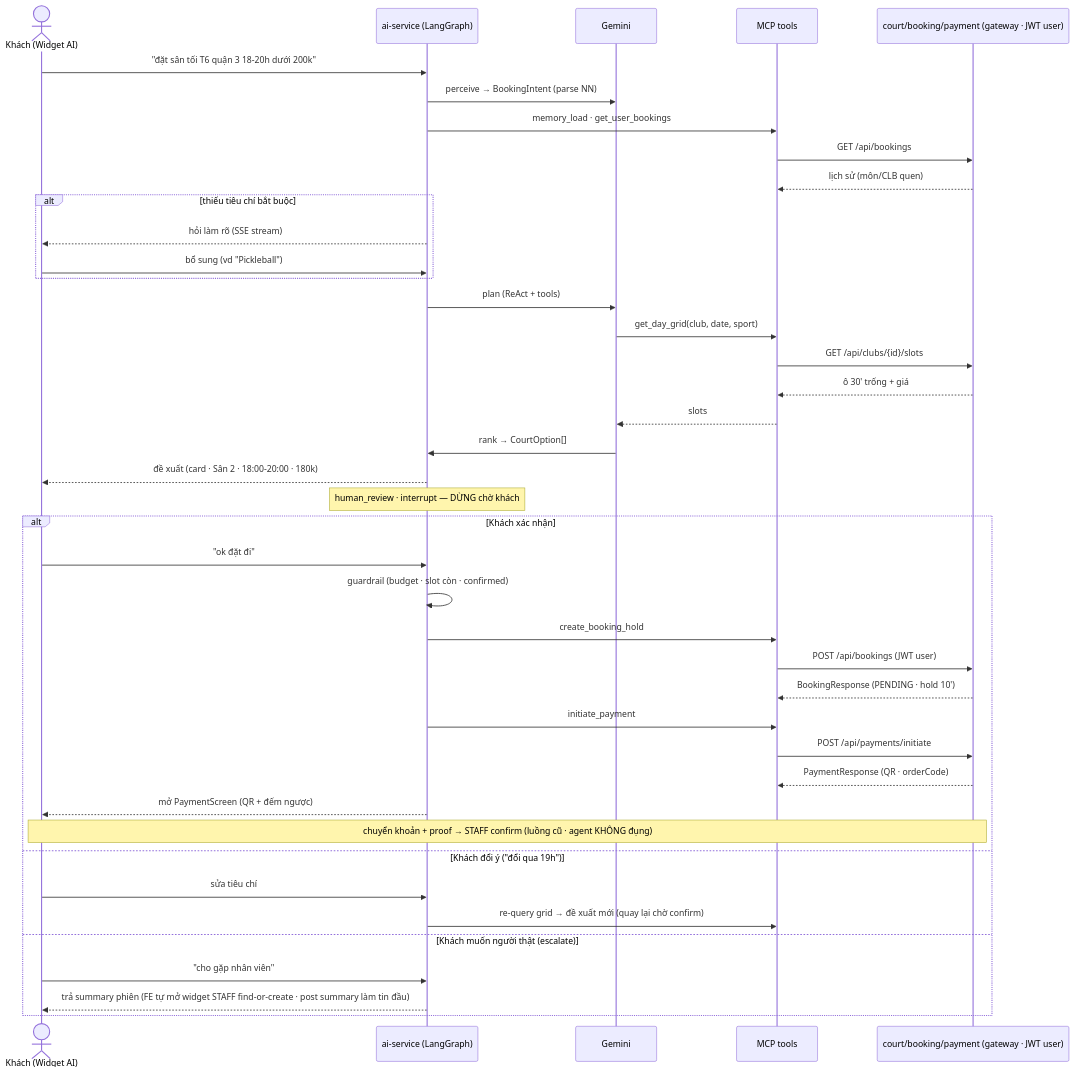
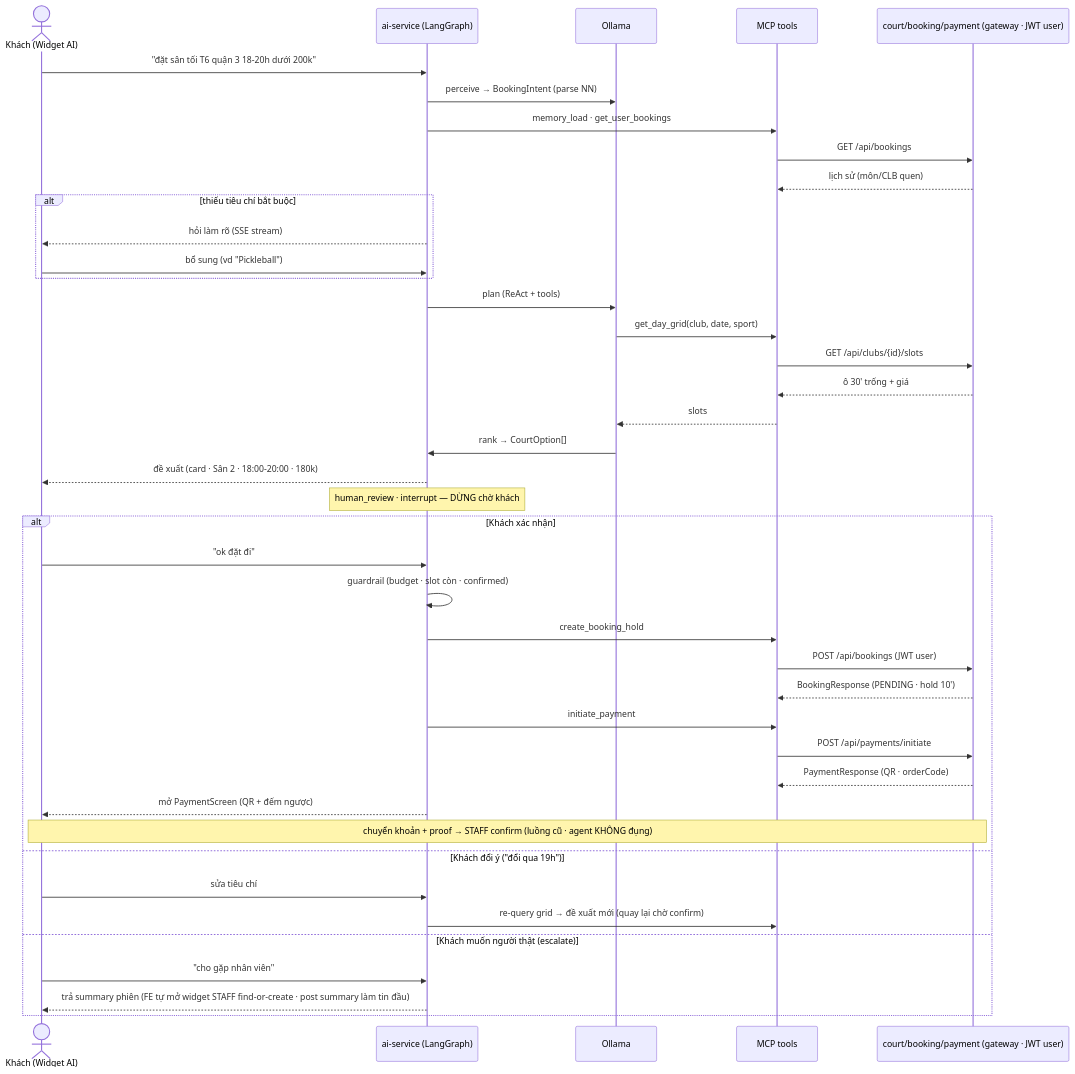
One commit to phucgigital03/BadmintonHub changed the second of 3 diagrams in UC_AI_Service_CustomerSupport.md. Above: the diagram before and after it, drawn with Mermaid. The commit also changed other lines of this file and 12 other files, not shown here.

First line of the commit message:
feat(ai-service): chat LLM Gemini→Ollama local (qwen2.5:3b) + sync docs

````diff
--- a/UC_AI_Service_CustomerSupport.md
+++ b/UC_AI_Service_CustomerSupport.md
@@ -155,44 +155,44 @@
 ```mermaid
 sequenceDiagram
     actor K as Khách (Widget AI)
     participant AI as ai-service (LangGraph)
-    participant LLM as Gemini
+    participant LLM as Ollama
     participant T as MCP tools
     participant S as court/booking/payment (gateway · JWT user)
 
     K->>AI: "đặt sân tối T6 quận 3 18-20h dưới 200k"
     AI->>LLM: perceive → BookingIntent (parse NN)
     AI->>T: memory_load · get_user_bookings
     T->>S: GET /api/bookings
     S-->>T: lịch sử (môn/CLB quen)
     alt thiếu tiêu chí bắt buộc
         AI-->>K: hỏi làm rõ (SSE stream)
         K->>AI: bổ sung (vd "Pickleball")
     end
     AI->>LLM: plan (ReAct + tools)
     LLM->>T: get_day_grid(club, date, sport)
     T->>S: GET /api/clubs/{id}/slots
     S-->>T: ô 30' trống + giá
     T-->>LLM: slots
     LLM->>AI: rank → CourtOption[]
     AI-->>K: đề xuất (card · Sân 2 · 18:00-20:00 · 180k)
     Note over AI: human_review · interrupt — DỪNG chờ khách
     alt Khách xác nhận
         K->>AI: "ok đặt đi"
         AI->>AI: guardrail (budget · slot còn · confirmed)
         AI->>T: create_booking_hold
         T->>S: POST /api/bookings (JWT user)
         S-->>T: BookingResponse (PENDING · hold 10')
         AI->>T: initiate_payment
         T->>S: POST /api/payments/initiate
         S-->>T: PaymentResponse (QR · orderCode)
         AI-->>K: mở PaymentScreen (QR + đếm ngược)
         Note over K,S: chuyển khoản + proof → STAFF confirm (luồng cũ · agent KHÔNG đụng)
     else Khách đổi ý ("đổi qua 19h")
         K->>AI: sửa tiêu chí
         AI->>T: re-query grid → đề xuất mới (quay lại chờ confirm)
     else Khách muốn người thật (escalate)
         K->>AI: "cho gặp nhân viên"
         AI-->>K: trả summary phiên (FE tự mở widget STAFF find-or-create · post summary làm tin đầu)
     end
 ```
````
